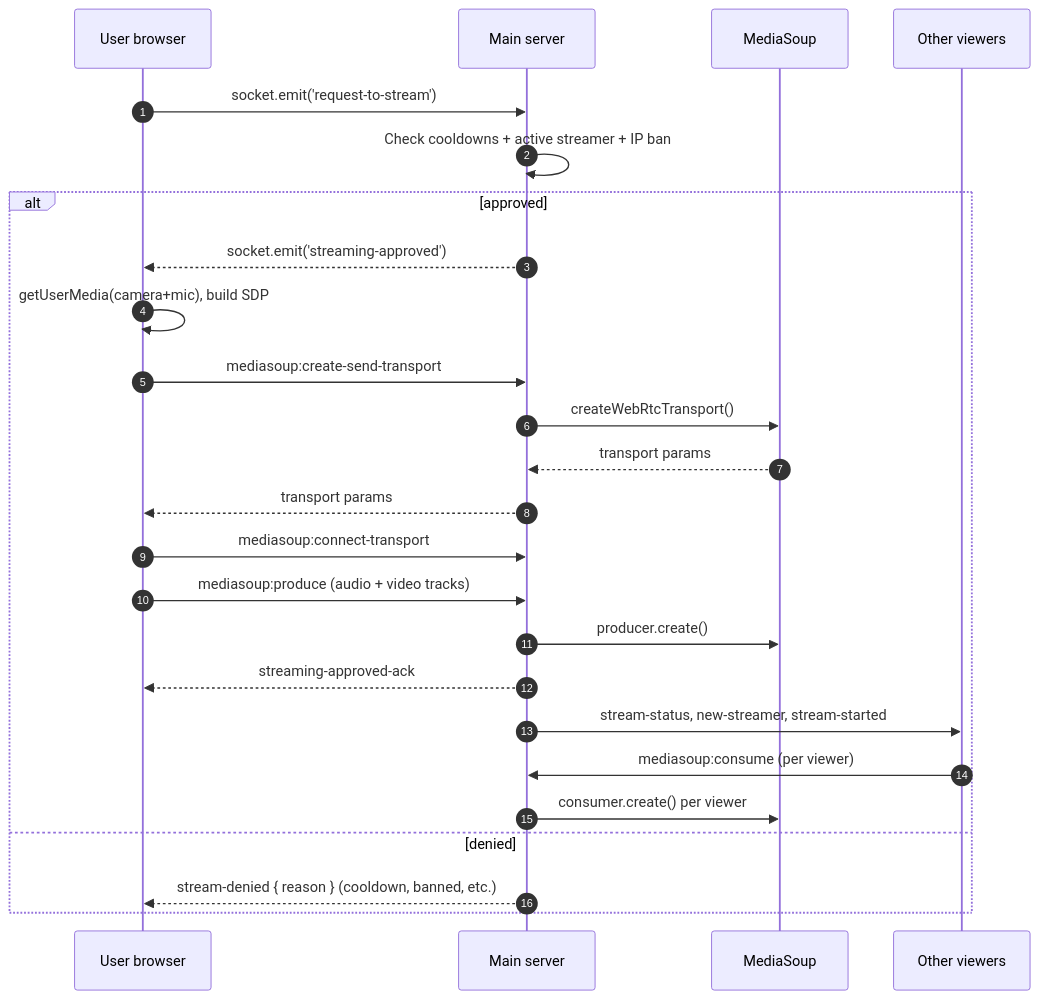
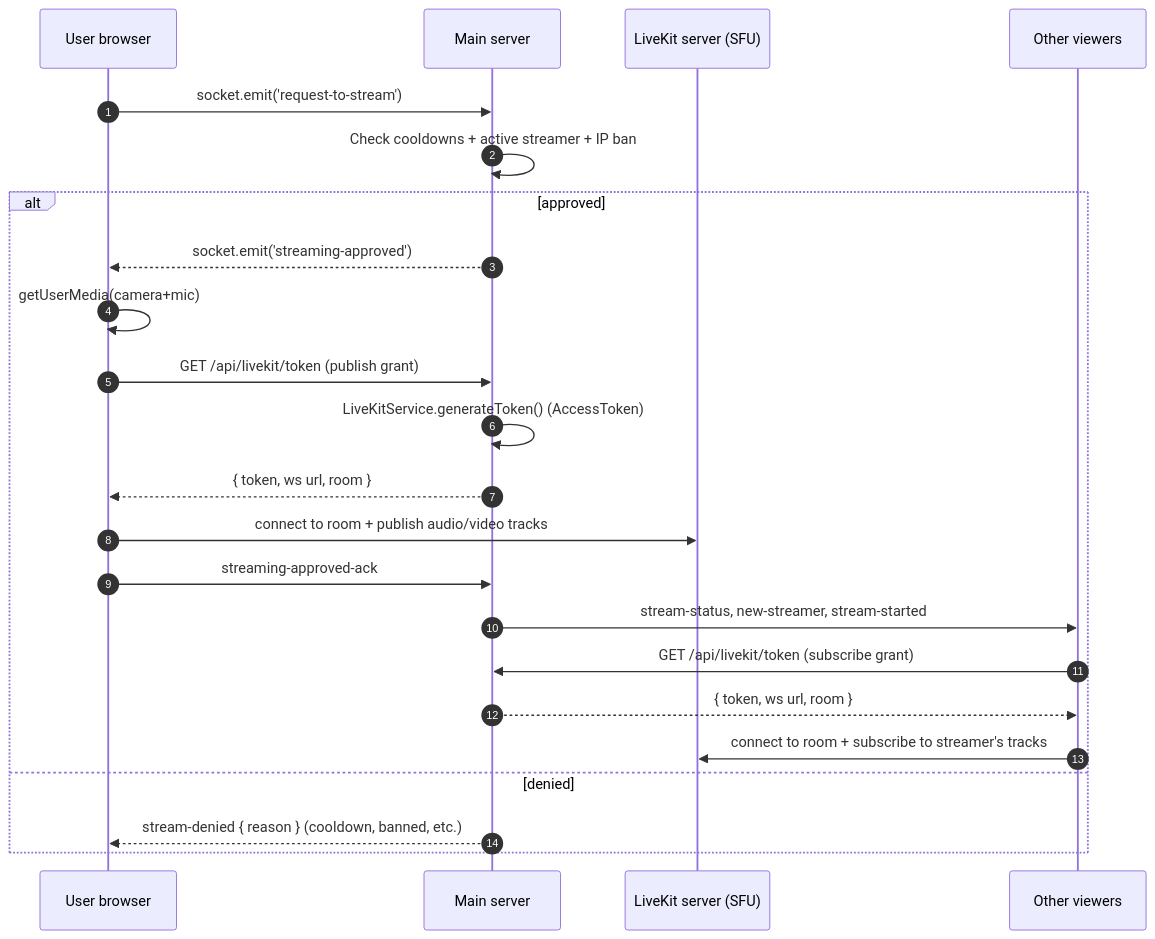
The diagram in docs/features/streaming-and-takeover.md (RealRogerWinter/onestreamer), drawn with Mermaid before and after one commit. The commit also changed other lines of this file and 52 other files, not shown here.

````diff
--- a/docs/features/streaming-and-takeover.md
+++ b/docs/features/streaming-and-takeover.md
@@ -16,28 +16,26 @@
 ```mermaid
 sequenceDiagram
     autonumber
     participant U as User browser
     participant S as Main server
-    participant M as MediaSoup
+    participant LK as LiveKit server (SFU)
     participant V as Other viewers
 
     U->>S: socket.emit('request-to-stream')
     S->>S: Check cooldowns + active streamer + IP ban
     alt approved
         S-->>U: socket.emit('streaming-approved')
-        U->>U: getUserMedia(camera+mic), build SDP
-        U->>S: mediasoup:create-send-transport
-        S->>M: createWebRtcTransport()
-        M-->>S: transport params
-        S-->>U: transport params
-        U->>S: mediasoup:connect-transport
-        U->>S: mediasoup:produce (audio + video tracks)
-        S->>M: producer.create()
-        S-->>U: streaming-approved-ack
+        U->>U: getUserMedia(camera+mic)
+        U->>S: GET /api/livekit/token (publish grant)
+        S->>S: LiveKitService.generateToken() (AccessToken)
+        S-->>U: { token, ws url, room }
+        U->>LK: connect to room + publish audio/video tracks
+        U->>S: streaming-approved-ack
         S->>V: stream-status, new-streamer, stream-started
-        V->>S: mediasoup:consume (per viewer)
-        S->>M: consumer.create() per viewer
+        V->>S: GET /api/livekit/token (subscribe grant)
+        S-->>V: { token, ws url, room }
+        V->>LK: connect to room + subscribe to streamer's tracks
     else denied
         S-->>U: stream-denied { reason } (cooldown, banned, etc.)
     end
 ```
````
